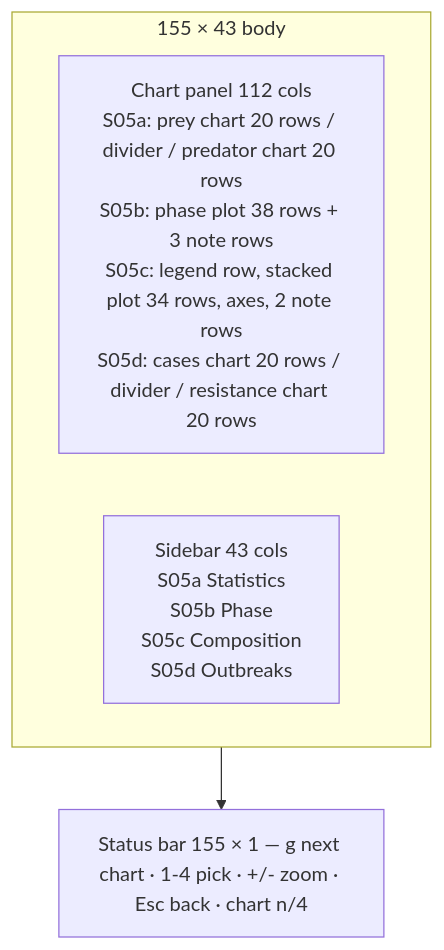
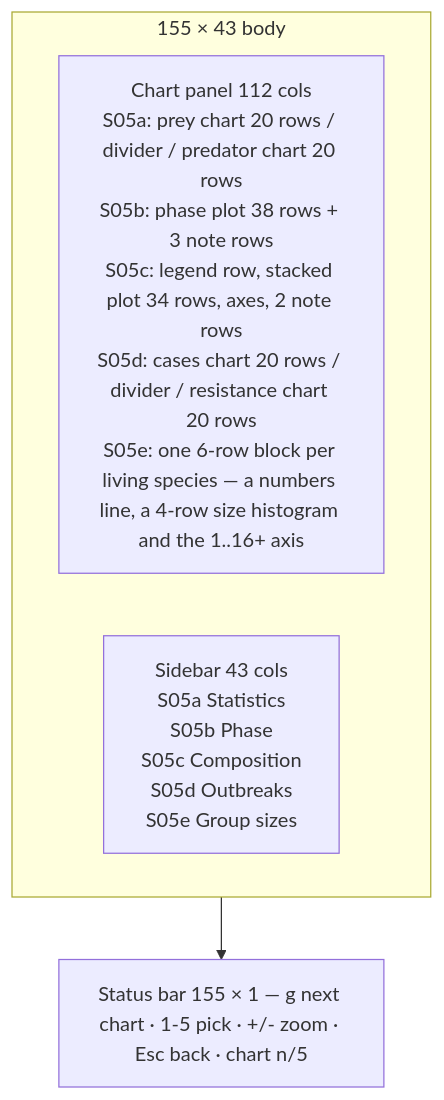
One commit to sbayer55/sim-fortress changed the diagram in docs/screens/s05-population-charts.md. Above: the diagram before and after it, drawn with Mermaid. The commit also changed other lines of this file and 43 other files, not shown here.

````diff
--- a/docs/screens/s05-population-charts.md
+++ b/docs/screens/s05-population-charts.md
@@ -36,10 +38,10 @@
 ```mermaid
 flowchart TB
     subgraph body["155 × 43 body"]
         direction LR
-        chart["Chart panel 112 cols<br/>S05a: prey chart 20 rows / divider / predator chart 20 rows<br/>S05b: phase plot 38 rows + 3 note rows<br/>S05c: legend row, stacked plot 34 rows, axes, 2 note rows<br/>S05d: cases chart 20 rows / divider / resistance chart 20 rows"]
-        side["Sidebar 43 cols<br/>S05a Statistics<br/>S05b Phase<br/>S05c Composition<br/>S05d Outbreaks"]
+        chart["Chart panel 112 cols<br/>S05a: prey chart 20 rows / divider / predator chart 20 rows<br/>S05b: phase plot 38 rows + 3 note rows<br/>S05c: legend row, stacked plot 34 rows, axes, 2 note rows<br/>S05d: cases chart 20 rows / divider / resistance chart 20 rows<br/>S05e: one 6-row block per living species — a numbers line, a 4-row size histogram and the 1..16+ axis"]
+        side["Sidebar 43 cols<br/>S05a Statistics<br/>S05b Phase<br/>S05c Composition<br/>S05d Outbreaks<br/>S05e Group sizes"]
     end
-    status["Status bar 155 × 1 — g next chart · 1-4 pick · +/- zoom · Esc back · chart n/4"]
+    status["Status bar 155 × 1 — g next chart · 1-5 pick · +/- zoom · Esc back · chart n/5"]
     body --> status
 ```
````
